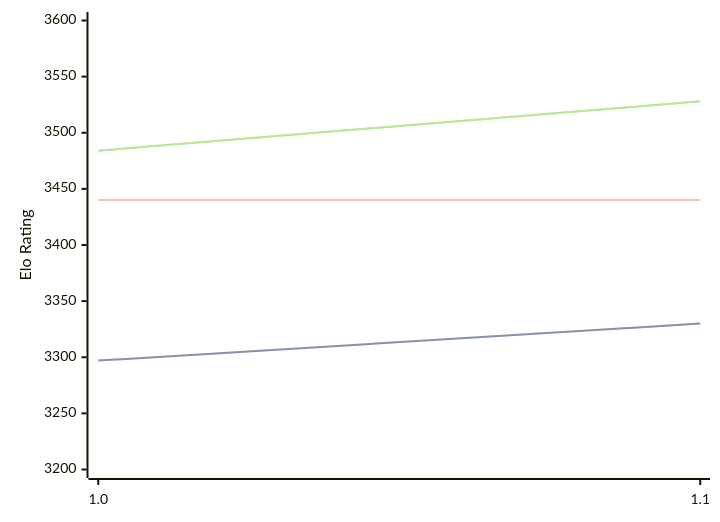
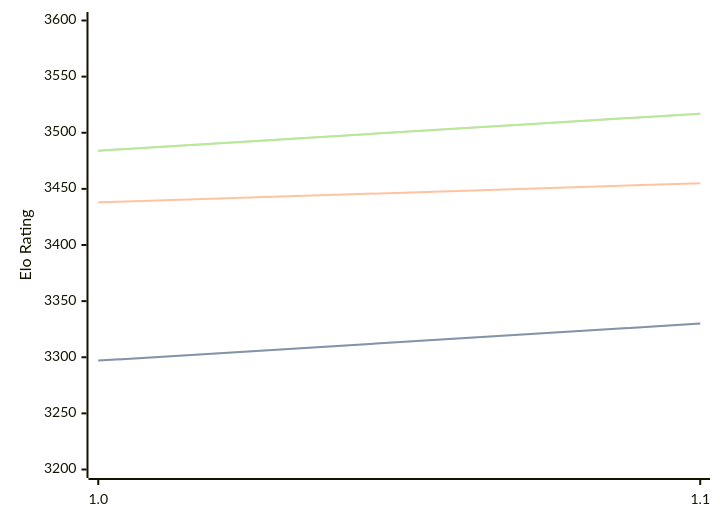
Before and after one commit to computer-chess-index/cci: the diagram in engines/Icarus.md, drawn with Mermaid. The commit also changed other lines of this file, not shown here.

Commit message:
Update CCI Ratings (ELO VLTC) - 2026-06-10

````diff
--- a/engines/Icarus.md
+++ b/engines/Icarus.md
@@ -32,11 +32,11 @@
 ```mermaid
 %%{init: {"theme":"base","themeVariables":{"seriesColors:['#a3a3a3','#222221','#faa371']}}}%%
 xychart-beta
   x-axis ["1.0", "1.1"]
   y-axis "Elo Rating" 3200 --> 3600
   line "STC (8.0+0.08s)" [3297, 3330]
   line "STC (8.0+0.08s)" [3297, 3330]
-  line "LTC (60.0+0.60s)" [3440, 3440]
-  line "VLTC (2m24s+1.12s)" [3484, 3528]
-  line "VLTC (2m24s+1.12s)" [3484, 3528]
+  line "LTC (60.0+0.60s)" [3438, 3455]
+  line "VLTC (2m24s+1.12s)" [3484, 3517]
+  line "VLTC (2m24s+1.12s)" [3484, 3517]
 ```
````
